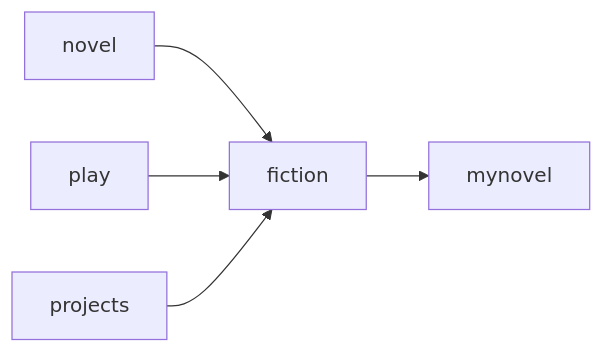
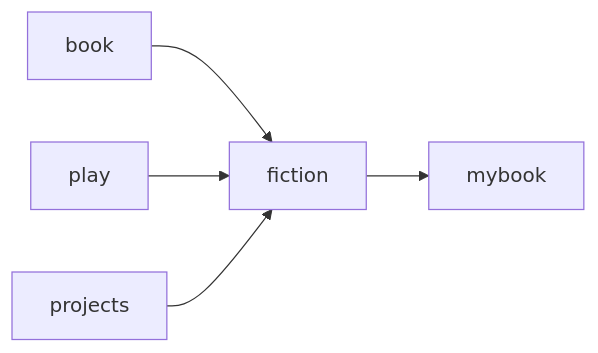
Before and after one commit to Neomoorea/obsidian-dagtags: the diagram in README.md, drawn with Mermaid. The commit also changed other lines of this file, not shown here.

````diff
--- a/README.md
+++ b/README.md
@@ -19,6 +19,6 @@
 ```mermaid
 graph LR
-  novel --> fiction
+  book --> fiction
   play --> fiction
-  projects --> fiction --> mynovel
+  projects --> fiction --> mybook
 ```
````
